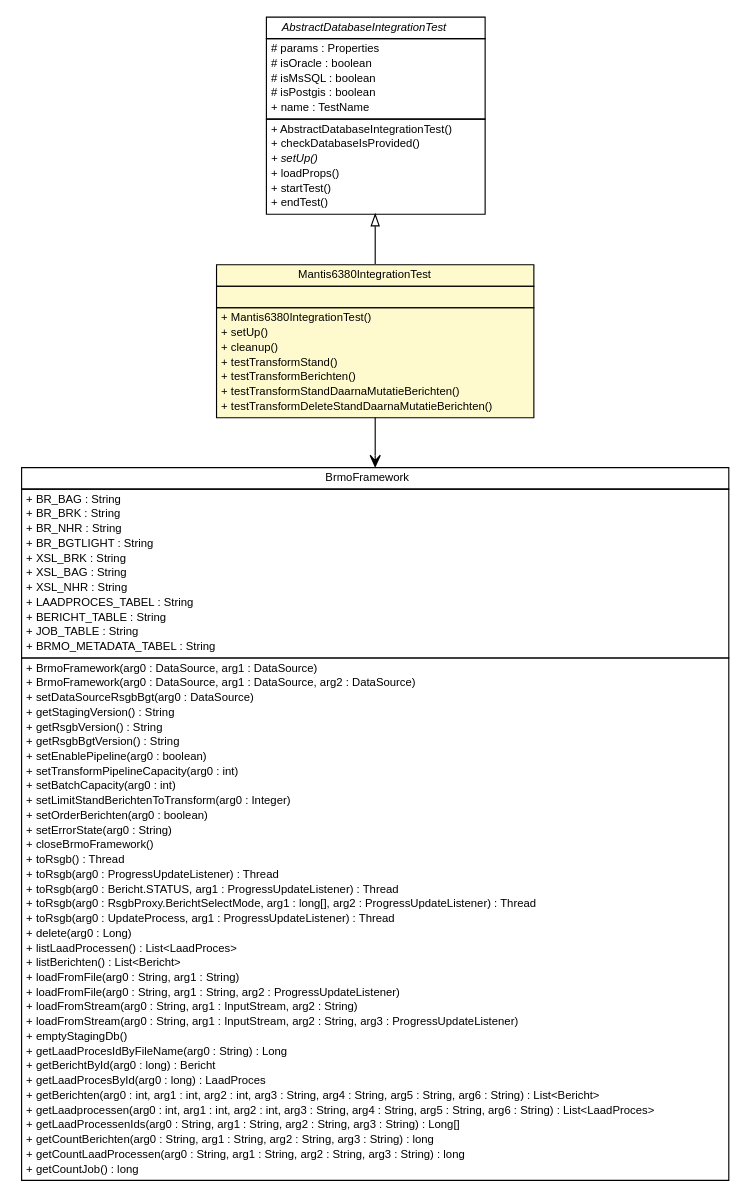
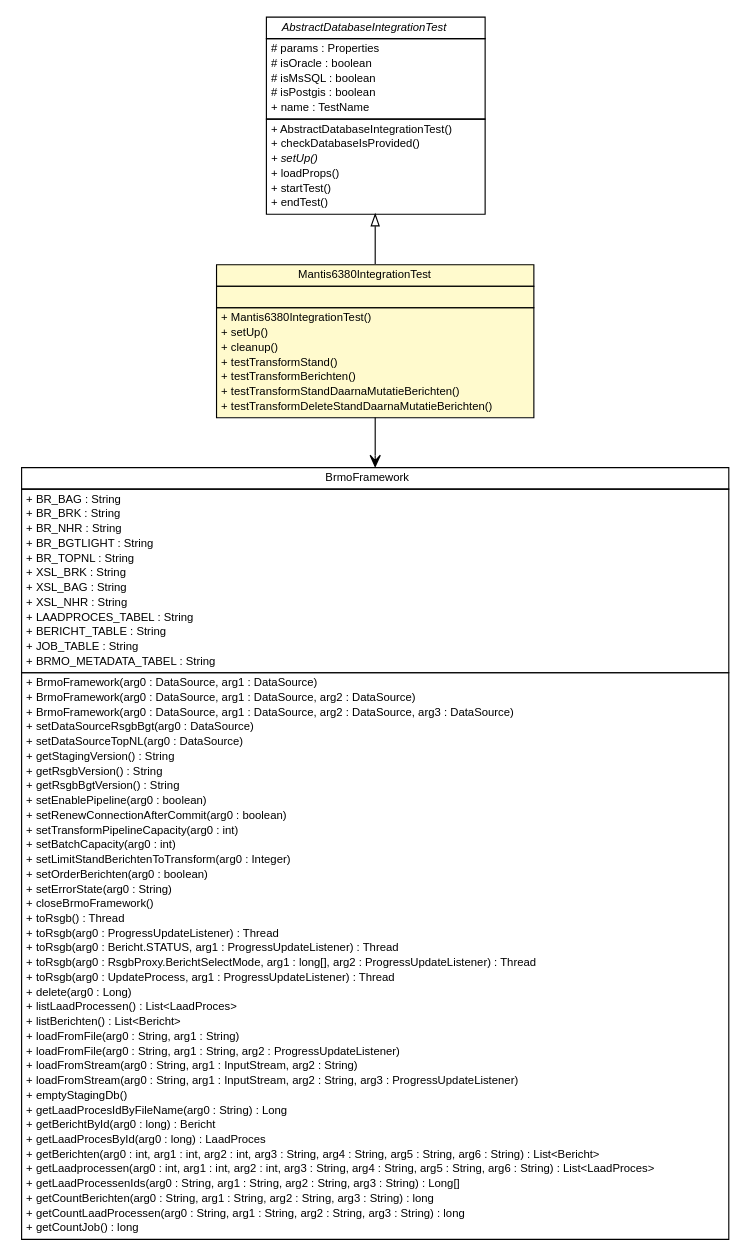
One commit to B3Partners/brmo changed the diagram in brmo-loader/testapidocs/nl/b3p/Mantis6380IntegrationTest.dot. Above: the diagram before and after it, drawn with Graphviz. The commit also changed 377 other files, not shown here.

```diff
--- a/brmo-loader/testapidocs/nl/b3p/Mantis6380IntegrationTest.dot
+++ b/brmo-loader/testapidocs/nl/b3p/Mantis6380IntegrationTest.dot
@@ -1,111 +1,115 @@
 #!/usr/local/bin/dot
 #
 # Class diagram 
 # Generated by UMLGraph version R5_6-24-gf6e263 (http://www.umlgraph.org/)
 #
 
 digraph G {
 	edge [fontname="Helvetica",fontsize=10,labelfontname="Helvetica",labelfontsize=10];
 	node [fontname="Helvetica",fontsize=10,shape=plaintext];
 	nodesep=0.25;
 	ranksep=0.5;
 	// nl.b3p.Mantis6380IntegrationTest
-	c426 [label=<<table title="nl.b3p.Mantis6380IntegrationTest" border="0" cellborder="1" cellspacing="0" cellpadding="2" port="p" bgcolor="lemonChiffon" href="./Mantis6380IntegrationTest.html">
+	c432 [label=<<table title="nl.b3p.Mantis6380IntegrationTest" border="0" cellborder="1" cellspacing="0" cellpadding="2" port="p" bgcolor="lemonChiffon" href="./Mantis6380IntegrationTest.html">
 		<tr><td><table border="0" cellspacing="0" cellpadding="1">
 <tr><td align="center" balign="center"> Mantis6380IntegrationTest </td></tr>
 		</table></td></tr>
 		<tr><td><table border="0" cellspacing="0" cellpadding="1">
 <tr><td align="left" balign="left">  </td></tr>
 		</table></td></tr>
 		<tr><td><table border="0" cellspacing="0" cellpadding="1">
 <tr><td align="left" balign="left"> + Mantis6380IntegrationTest() </td></tr>
 <tr><td align="left" balign="left"> + setUp() </td></tr>
 <tr><td align="left" balign="left"> + cleanup() </td></tr>
 <tr><td align="left" balign="left"> + testTransformStand() </td></tr>
 <tr><td align="left" balign="left"> + testTransformBerichten() </td></tr>
 <tr><td align="left" balign="left"> + testTransformStandDaarnaMutatieBerichten() </td></tr>
 <tr><td align="left" balign="left"> + testTransformDeleteStandDaarnaMutatieBerichten() </td></tr>
 		</table></td></tr>
 		</table>>, URL="./Mantis6380IntegrationTest.html", fontname="Helvetica", fontcolor="black", fontsize=10.0];
 	// nl.b3p.AbstractDatabaseIntegrationTest
-	c429 [label=<<table title="nl.b3p.AbstractDatabaseIntegrationTest" border="0" cellborder="1" cellspacing="0" cellpadding="2" port="p" href="./AbstractDatabaseIntegrationTest.html">
+	c433 [label=<<table title="nl.b3p.AbstractDatabaseIntegrationTest" border="0" cellborder="1" cellspacing="0" cellpadding="2" port="p" href="./AbstractDatabaseIntegrationTest.html">
 		<tr><td><table border="0" cellspacing="0" cellpadding="1">
 <tr><td align="center" balign="center"><font face="Helvetica-Oblique"> AbstractDatabaseIntegrationTest </font></td></tr>
 		</table></td></tr>
 		<tr><td><table border="0" cellspacing="0" cellpadding="1">
 <tr><td align="left" balign="left"> # params : Properties </td></tr>
 <tr><td align="left" balign="left"> # isOracle : boolean </td></tr>
 <tr><td align="left" balign="left"> # isMsSQL : boolean </td></tr>
 <tr><td align="left" balign="left"> # isPostgis : boolean </td></tr>
 <tr><td align="left" balign="left"> + name : TestName </td></tr>
 		</table></td></tr>
 		<tr><td><table border="0" cellspacing="0" cellpadding="1">
 <tr><td align="left" balign="left"> + AbstractDatabaseIntegrationTest() </td></tr>
 <tr><td align="left" balign="left"> + checkDatabaseIsProvided() </td></tr>
 <tr><td align="left" balign="left"><font face="Helvetica-Oblique" point-size="10.0"> + setUp() </font></td></tr>
 <tr><td align="left" balign="left"> + loadProps() </td></tr>
 <tr><td align="left" balign="left"> + startTest() </td></tr>
 <tr><td align="left" balign="left"> + endTest() </td></tr>
 		</table></td></tr>
 		</table>>, URL="./AbstractDatabaseIntegrationTest.html", fontname="Helvetica", fontcolor="black", fontsize=10.0];
 	//nl.b3p.Mantis6380IntegrationTest extends nl.b3p.AbstractDatabaseIntegrationTest
-	c429:p -> c426:p [dir=back,arrowtail=empty];
+	c433:p -> c432:p [dir=back,arrowtail=empty];
 	// nl.b3p.Mantis6380IntegrationTest NAVASSOC nl.b3p.brmo.loader.BrmoFramework
-	c426:p -> c443:p [taillabel="", label="", headlabel="", fontname="Helvetica", fontcolor="black", fontsize=10.0, color="black", arrowhead=open];
+	c432:p -> c443:p [taillabel="", label="", headlabel="", fontname="Helvetica", fontcolor="black", fontsize=10.0, color="black", arrowhead=open];
 	// nl.b3p.brmo.loader.BrmoFramework
 	c443 [label=<<table title="nl.b3p.brmo.loader.BrmoFramework" border="0" cellborder="1" cellspacing="0" cellpadding="2" port="p">
 		<tr><td><table border="0" cellspacing="0" cellpadding="1">
 <tr><td align="center" balign="center"> BrmoFramework </td></tr>
 		</table></td></tr>
 		<tr><td><table border="0" cellspacing="0" cellpadding="1">
 <tr><td align="left" balign="left"> + BR_BAG : String </td></tr>
 <tr><td align="left" balign="left"> + BR_BRK : String </td></tr>
 <tr><td align="left" balign="left"> + BR_NHR : String </td></tr>
 <tr><td align="left" balign="left"> + BR_BGTLIGHT : String </td></tr>
+<tr><td align="left" balign="left"> + BR_TOPNL : String </td></tr>
 <tr><td align="left" balign="left"> + XSL_BRK : String </td></tr>
 <tr><td align="left" balign="left"> + XSL_BAG : String </td></tr>
 <tr><td align="left" balign="left"> + XSL_NHR : String </td></tr>
 <tr><td align="left" balign="left"> + LAADPROCES_TABEL : String </td></tr>
 <tr><td align="left" balign="left"> + BERICHT_TABLE : String </td></tr>
 <tr><td align="left" balign="left"> + JOB_TABLE : String </td></tr>
 <tr><td align="left" balign="left"> + BRMO_METADATA_TABEL : String </td></tr>
 		</table></td></tr>
 		<tr><td><table border="0" cellspacing="0" cellpadding="1">
 <tr><td align="left" balign="left"> + BrmoFramework(arg0 : DataSource, arg1 : DataSource) </td></tr>
 <tr><td align="left" balign="left"> + BrmoFramework(arg0 : DataSource, arg1 : DataSource, arg2 : DataSource) </td></tr>
+<tr><td align="left" balign="left"> + BrmoFramework(arg0 : DataSource, arg1 : DataSource, arg2 : DataSource, arg3 : DataSource) </td></tr>
 <tr><td align="left" balign="left"> + setDataSourceRsgbBgt(arg0 : DataSource) </td></tr>
+<tr><td align="left" balign="left"> + setDataSourceTopNL(arg0 : DataSource) </td></tr>
 <tr><td align="left" balign="left"> + getStagingVersion() : String </td></tr>
 <tr><td align="left" balign="left"> + getRsgbVersion() : String </td></tr>
 <tr><td align="left" balign="left"> + getRsgbBgtVersion() : String </td></tr>
 <tr><td align="left" balign="left"> + setEnablePipeline(arg0 : boolean) </td></tr>
+<tr><td align="left" balign="left"> + setRenewConnectionAfterCommit(arg0 : boolean) </td></tr>
 <tr><td align="left" balign="left"> + setTransformPipelineCapacity(arg0 : int) </td></tr>
 <tr><td align="left" balign="left"> + setBatchCapacity(arg0 : int) </td></tr>
 <tr><td align="left" balign="left"> + setLimitStandBerichtenToTransform(arg0 : Integer) </td></tr>
 <tr><td align="left" balign="left"> + setOrderBerichten(arg0 : boolean) </td></tr>
 <tr><td align="left" balign="left"> + setErrorState(arg0 : String) </td></tr>
 <tr><td align="left" balign="left"> + closeBrmoFramework() </td></tr>
 <tr><td align="left" balign="left"> + toRsgb() : Thread </td></tr>
 <tr><td align="left" balign="left"> + toRsgb(arg0 : ProgressUpdateListener) : Thread </td></tr>
 <tr><td align="left" balign="left"> + toRsgb(arg0 : Bericht.STATUS, arg1 : ProgressUpdateListener) : Thread </td></tr>
 <tr><td align="left" balign="left"> + toRsgb(arg0 : RsgbProxy.BerichtSelectMode, arg1 : long[], arg2 : ProgressUpdateListener) : Thread </td></tr>
 <tr><td align="left" balign="left"> + toRsgb(arg0 : UpdateProcess, arg1 : ProgressUpdateListener) : Thread </td></tr>
 <tr><td align="left" balign="left"> + delete(arg0 : Long) </td></tr>
 <tr><td align="left" balign="left"> + listLaadProcessen() : List&lt;LaadProces&gt; </td></tr>
 <tr><td align="left" balign="left"> + listBerichten() : List&lt;Bericht&gt; </td></tr>
 <tr><td align="left" balign="left"> + loadFromFile(arg0 : String, arg1 : String) </td></tr>
 <tr><td align="left" balign="left"> + loadFromFile(arg0 : String, arg1 : String, arg2 : ProgressUpdateListener) </td></tr>
 <tr><td align="left" balign="left"> + loadFromStream(arg0 : String, arg1 : InputStream, arg2 : String) </td></tr>
 <tr><td align="left" balign="left"> + loadFromStream(arg0 : String, arg1 : InputStream, arg2 : String, arg3 : ProgressUpdateListener) </td></tr>
 <tr><td align="left" balign="left"> + emptyStagingDb() </td></tr>
 <tr><td align="left" balign="left"> + getLaadProcesIdByFileName(arg0 : String) : Long </td></tr>
 <tr><td align="left" balign="left"> + getBerichtById(arg0 : long) : Bericht </td></tr>
 <tr><td align="left" balign="left"> + getLaadProcesById(arg0 : long) : LaadProces </td></tr>
 <tr><td align="left" balign="left"> + getBerichten(arg0 : int, arg1 : int, arg2 : int, arg3 : String, arg4 : String, arg5 : String, arg6 : String) : List&lt;Bericht&gt; </td></tr>
 <tr><td align="left" balign="left"> + getLaadprocessen(arg0 : int, arg1 : int, arg2 : int, arg3 : String, arg4 : String, arg5 : String, arg6 : String) : List&lt;LaadProces&gt; </td></tr>
 <tr><td align="left" balign="left"> + getLaadProcessenIds(arg0 : String, arg1 : String, arg2 : String, arg3 : String) : Long[] </td></tr>
 <tr><td align="left" balign="left"> + getCountBerichten(arg0 : String, arg1 : String, arg2 : String, arg3 : String) : long </td></tr>
 <tr><td align="left" balign="left"> + getCountLaadProcessen(arg0 : String, arg1 : String, arg2 : String, arg3 : String) : long </td></tr>
 <tr><td align="left" balign="left"> + getCountJob() : long </td></tr>
 		</table></td></tr>
 		</table>>, URL="null", fontname="Helvetica", fontcolor="black", fontsize=10.0];
 }
```
